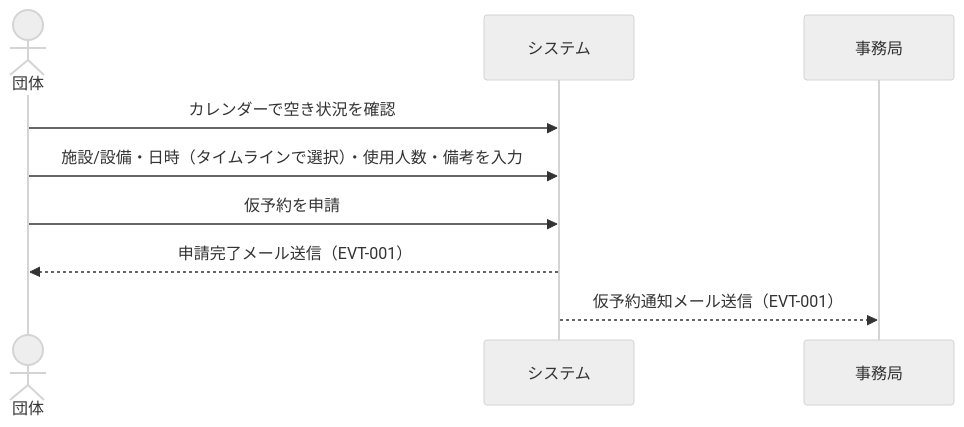
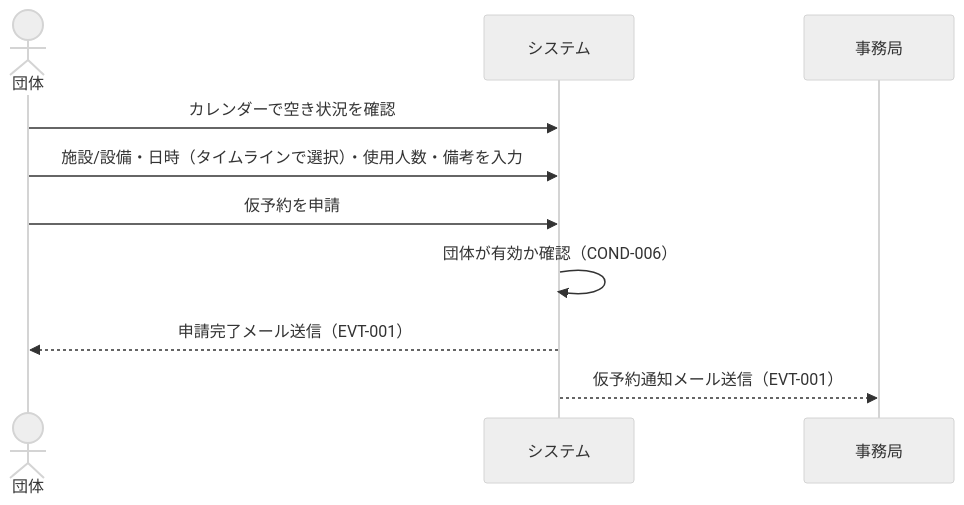
The third of 8 diagrams in rdra/contexts/reservation-application.md (gdsc-osaka/iclub-reserve), drawn with Mermaid (neutral theme) before and after one commit. The commit also changed other lines of this file and 10 other files, not shown here.

````diff
--- a/rdra/contexts/reservation-application.md
+++ b/rdra/contexts/reservation-application.md
@@ -199,12 +226,13 @@
 ```mermaid
 sequenceDiagram
     actor 団体
     participant システム
     participant 事務局
 
     団体->>システム: カレンダーで空き状況を確認
     団体->>システム: 施設/設備・日時（タイムラインで選択）・使用人数・備考を入力
     団体->>システム: 仮予約を申請
+    システム->>システム: 団体が有効か確認（COND-006）
     システム-->>団体: 申請完了メール送信（EVT-001）
     システム-->>事務局: 仮予約通知メール送信（EVT-001）
 ```
````
